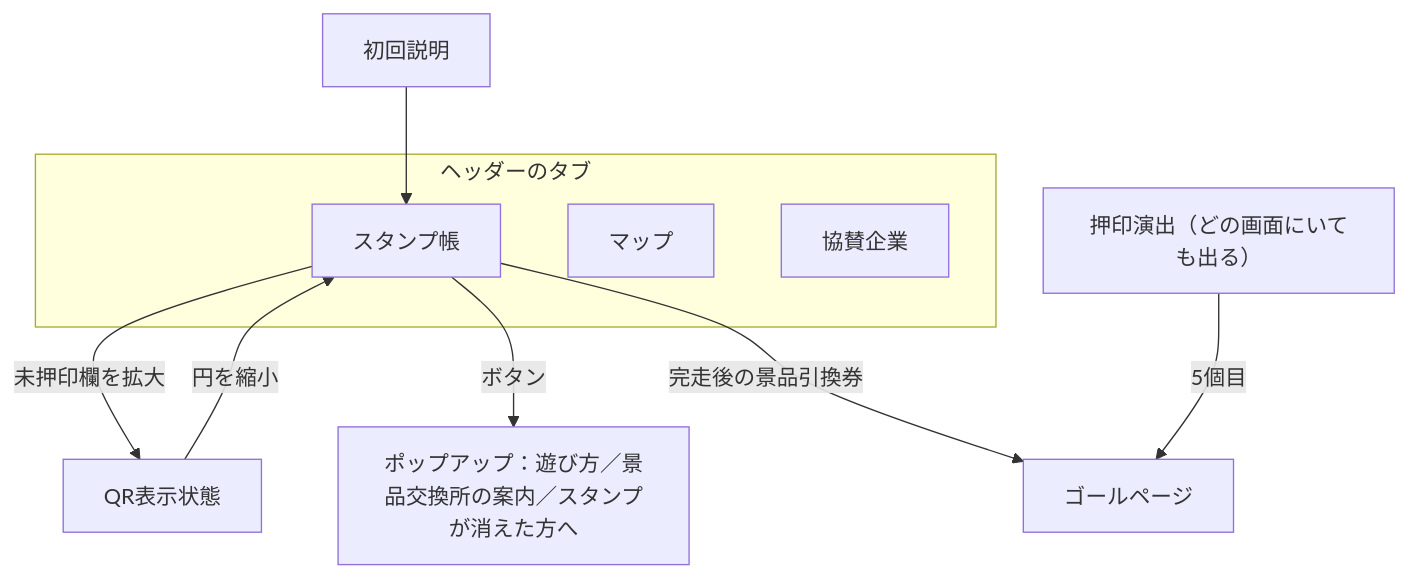
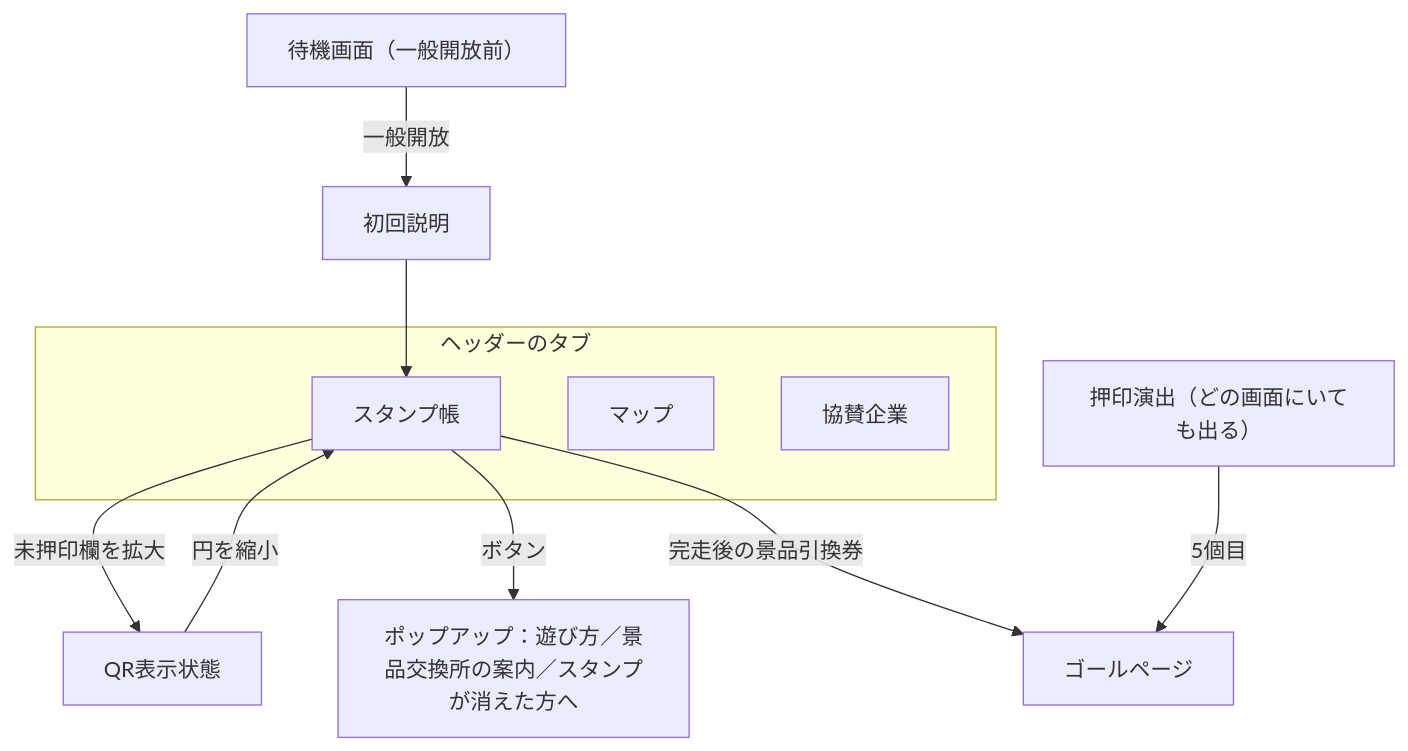
One commit to Shun523/HCD-Stamp-Rally-2026 changed the diagram in docs/design.md. Above: the diagram before and after it, drawn with Mermaid. The commit also changed other lines of this file and 1 other file, not shown here.

````diff
--- a/docs/design.md
+++ b/docs/design.md
@@ -22,14 +23,15 @@
 ```mermaid
 flowchart TD
+  wait[待機画面（一般開放前）] -- 一般開放 --> first
   first[初回説明] --> book
   subgraph tabs[ヘッダーのタブ]
     book[スタンプ帳]
     map[マップ]
     sponsor[協賛企業]
   end
   book -- 未押印欄を拡大 --> qr[QR表示状態]
   qr -- 円を縮小 --> book
   book -- ボタン --> pop[ポップアップ：遊び方／景品交換所の案内／スタンプが消えた方へ]
   book -- 完走後の景品引換券 --> goal[ゴールページ]
   overlay[押印演出（どの画面にいても出る）] -- 5個目 --> goal
 ```
````
